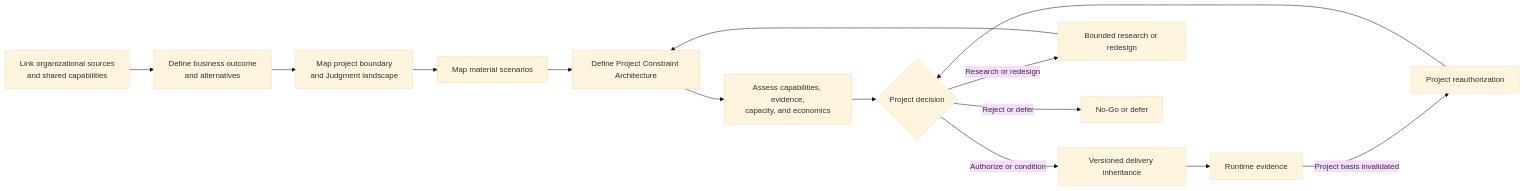
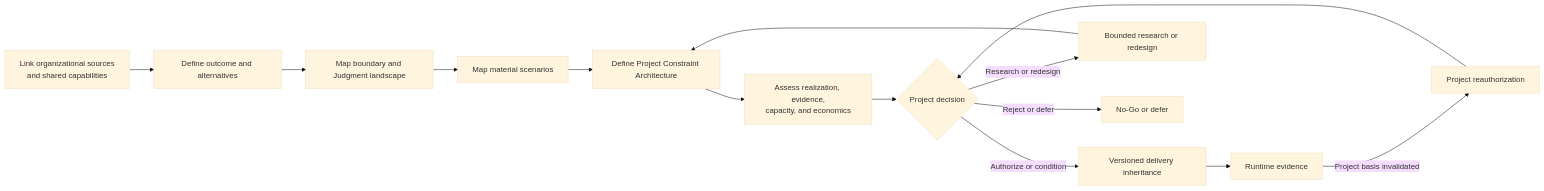
One commit to UncertaintyArchitectureGroup/uncertainty-architecture changed the first of 2 diagrams in 01-patterns/project-control-architecture-and-viability-review.md. Above: the diagram before and after it, drawn with Mermaid (base theme). The commit also changed other lines of this file, not shown here.

Commit message:
docs: make project capability diagram explicit about realization

````diff
--- a/01-patterns/project-control-architecture-and-viability-review.md
+++ b/01-patterns/project-control-architecture-and-viability-review.md
@@ -132,22 +112,22 @@
 ```mermaid
 flowchart LR
     O[Link organizational sources<br/>and shared capabilities]
-    B[Define business outcome<br/>and alternatives]
-    J[Map project boundary<br/>and Judgment landscape]
+    B[Define outcome and alternatives]
+    J[Map boundary and Judgment landscape]
     R[Map material scenarios]
     K[Define Project Constraint Architecture]
-    F[Assess capabilities, evidence,<br/>capacity, and economics]
+    F[Assess realization, evidence,<br/>capacity, and economics]
     D{Project decision}
     I[Versioned delivery inheritance]
     X[Bounded research or redesign]
     N[No-Go or defer]
     RT[Runtime evidence]
     RA[Project reauthorization]
 
     O --> B --> J --> R --> K --> F --> D
     D -->|Authorize or condition| I
     D -->|Research or redesign| X --> K
     D -->|Reject or defer| N
     I --> RT
     RT -->|Project basis invalidated| RA --> D
 ```
````
